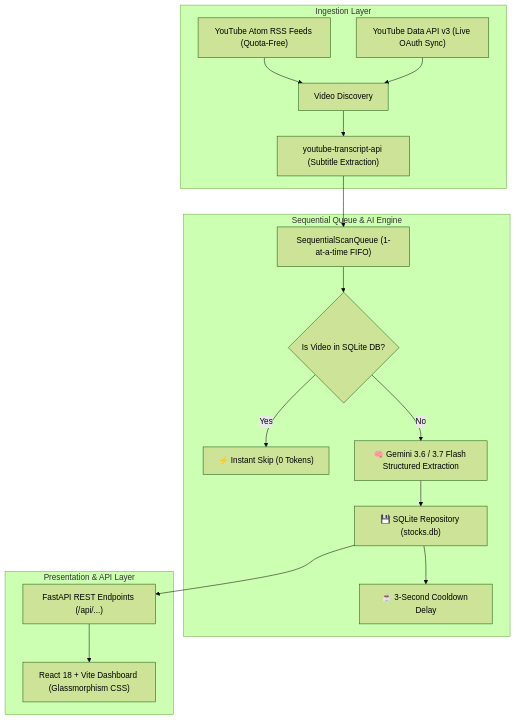
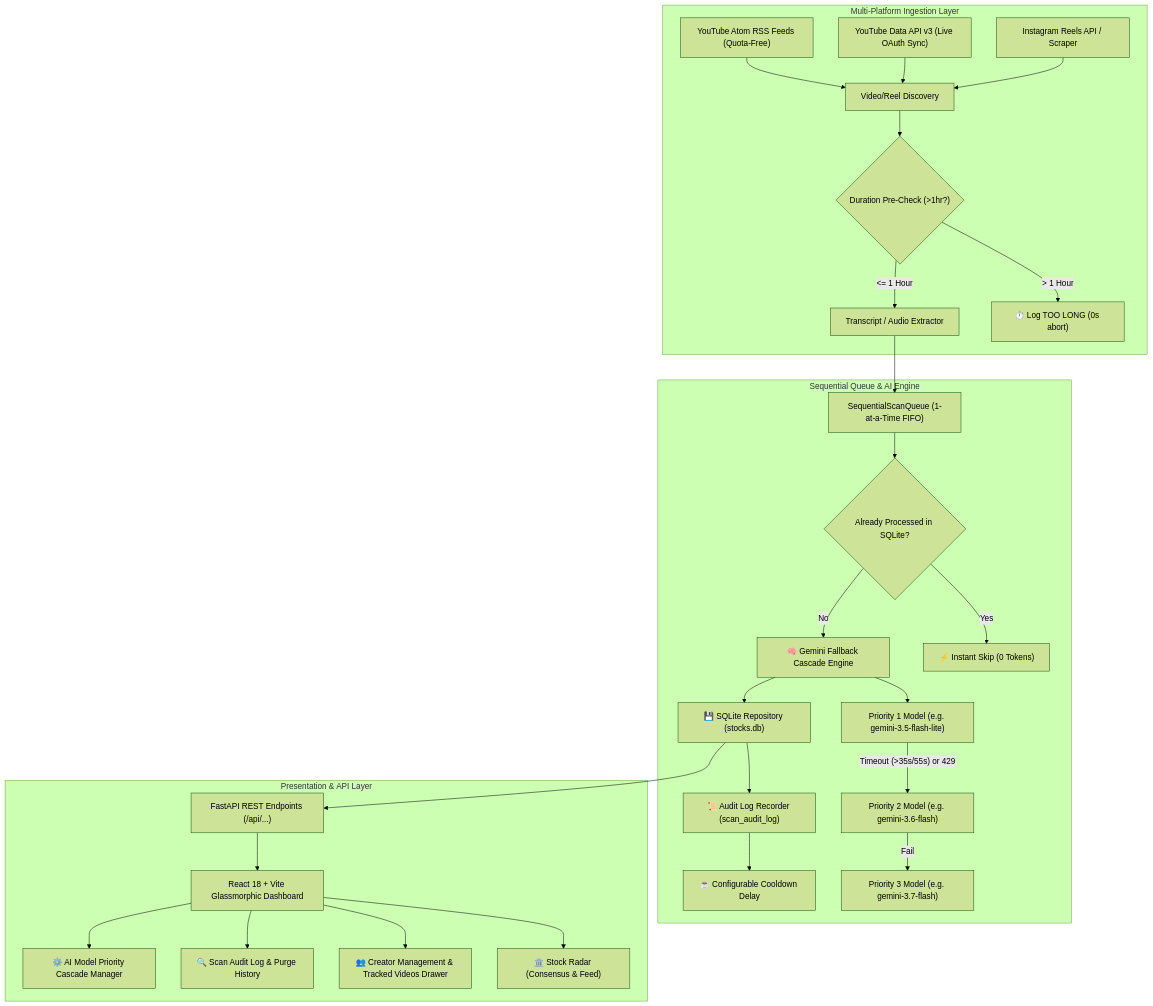
The diagram in AGENTS.md (ikskumariitd/yt-stock-analyzer), drawn with Mermaid (forest theme) before and after one commit. The commit also changed other lines of this file and 1 other file, not shown here.

Commit message:
docs: update AGENTS.md and README.md with complete multi-platform, model cascade, audit log, and SGT architecture specs

````diff
--- a/AGENTS.md
+++ b/AGENTS.md
@@ -9,22 +9,33 @@
 ```mermaid
 flowchart TD
-    subgraph Ingestion ["Ingestion Layer"]
-        A["YouTube Atom RSS Feeds (Quota-Free)"] --> C["Video Discovery"]
+    subgraph Ingestion ["Multi-Platform Ingestion Layer"]
+        A["YouTube Atom RSS Feeds (Quota-Free)"] --> C["Video/Reel Discovery"]
         B["YouTube Data API v3 (Live OAuth Sync)"] --> C
-        C --> D["youtube-transcript-api (Subtitle Extraction)"]
+        IG["Instagram Reels API / Scraper"] --> C
+        C --> D{"Duration Pre-Check (>1hr?)"}
+        D -- "> 1 Hour" --> D1["⏱️ Log TOO LONG (0s abort)"]
+        D -- "<= 1 Hour" --> E["Transcript / Audio Extractor"]
     end
 
     subgraph Processing ["Sequential Queue & AI Engine"]
-        D --> E["SequentialScanQueue (1-at-a-time FIFO)"]
-        E --> F{"Is Video in SQLite DB?"}
-        F -- "Yes" --> G["⚡ Instant Skip (0 Tokens)"]
-        F -- "No" --> H["🧠 Gemini 3.6 / 3.7 Flash Structured Extraction"]
-        H --> I["💾 SQLite Repository (stocks.db)"]
-        I --> J["☕ 3-Second Cooldown Delay"]
+        E --> F["SequentialScanQueue (1-at-a-Time FIFO)"]
+        F --> G{"Already Processed in SQLite?"}
+        G -- "Yes" --> H["⚡ Instant Skip (0 Tokens)"]
+        G -- "No" --> I["🧠 Gemini Fallback Cascade Engine"]
+        I --> I1["Priority 1 Model (e.g. gemini-3.5-flash-lite)"]
+        I1 -- "Timeout (>35s/55s) or 429" --> I2["Priority 2 Model (e.g. gemini-3.6-flash)"]
+        I2 -- "Fail" --> I3["Priority 3 Model (e.g. gemini-3.7-flash)"]
+        I --> J["💾 SQLite Repository (stocks.db)"]
+        J --> K["📜 Audit Log Recorder (scan_audit_log)"]
+        K --> L["☕ Configurable Cooldown Delay"]
     end
 
     subgraph Presentation ["Presentation & API Layer"]
-        I --> K["FastAPI REST Endpoints (/api/...)"]
-        K --> L["React 18 + Vite Dashboard (Glassmorphism CSS)"]
+        J --> M["FastAPI REST Endpoints (/api/...)"]
+        M --> N["React 18 + Vite Glassmorphic Dashboard"]
+        N --> N1["🏛️ Stock Radar (Consensus & Feed)"]
+        N --> N2["👥 Creator Management & Tracked Videos Drawer"]
+        N --> N3["🔍 Scan Audit Log & Purge History"]
+        N --> N4["⚙️ AI Model Priority Cascade Manager"]
     end
 ```
````
